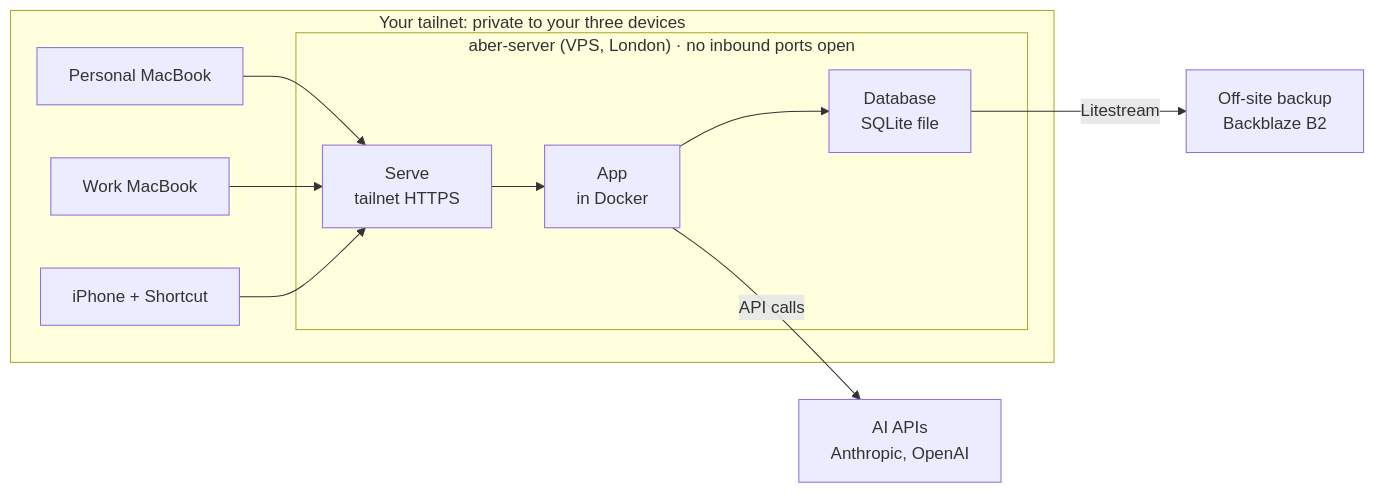
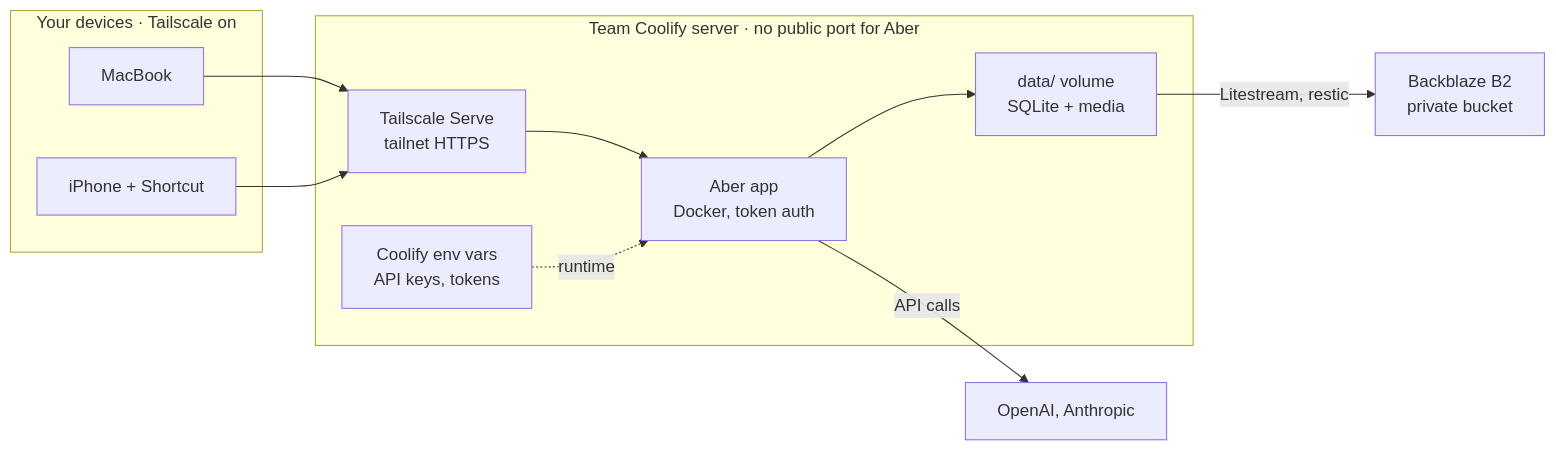
One commit to MaggieAppleton/aber changed the diagram in docs/hosting-guide.md. Above: the diagram before and after it, drawn with Mermaid. The commit also changed other lines of this file and 2 other files, not shown here.

First line of the commit message:
Rewrite hosting guide for the team Coolify server

````diff
--- a/docs/hosting-guide.md
+++ b/docs/hosting-guide.md
@@ -9,16 +9,15 @@
 ```mermaid
 flowchart LR
-  subgraph tailnet["Your tailnet: private to your three devices"]
-    mac1[Personal MacBook]
-    mac2[Work MacBook]
+  subgraph you["Your devices · Tailscale on"]
+    mac[MacBook]
     phone[iPhone + Shortcut]
-    subgraph server["aber-server (VPS, London) · no inbound ports open"]
-      serve["Serve<br/>tailnet HTTPS"] --> app["App<br/>in Docker"] --> db["Database<br/>SQLite file"]
-    end
-    mac1 --> serve
-    mac2 --> serve
-    phone --> serve
   end
-  app -->|API calls| ai["AI APIs<br/>Anthropic, OpenAI"]
-  db -->|Litestream| b2["Off-site backup<br/>Backblaze B2"]
+  subgraph server["Team Coolify server · no public port for Aber"]
+    serve["Tailscale Serve<br/>tailnet HTTPS"] --> app["Aber app<br/>Docker, token auth"] --> data["data/ volume<br/>SQLite + media"]
+    secrets["Coolify env vars<br/>API keys, tokens"] -.->|runtime| app
+  end
+  mac --> serve
+  phone --> serve
+  app -->|API calls| ai["OpenAI, Anthropic"]
+  data -->|Litestream, restic| b2["Backblaze B2<br/>private bucket"]
 ```
````
